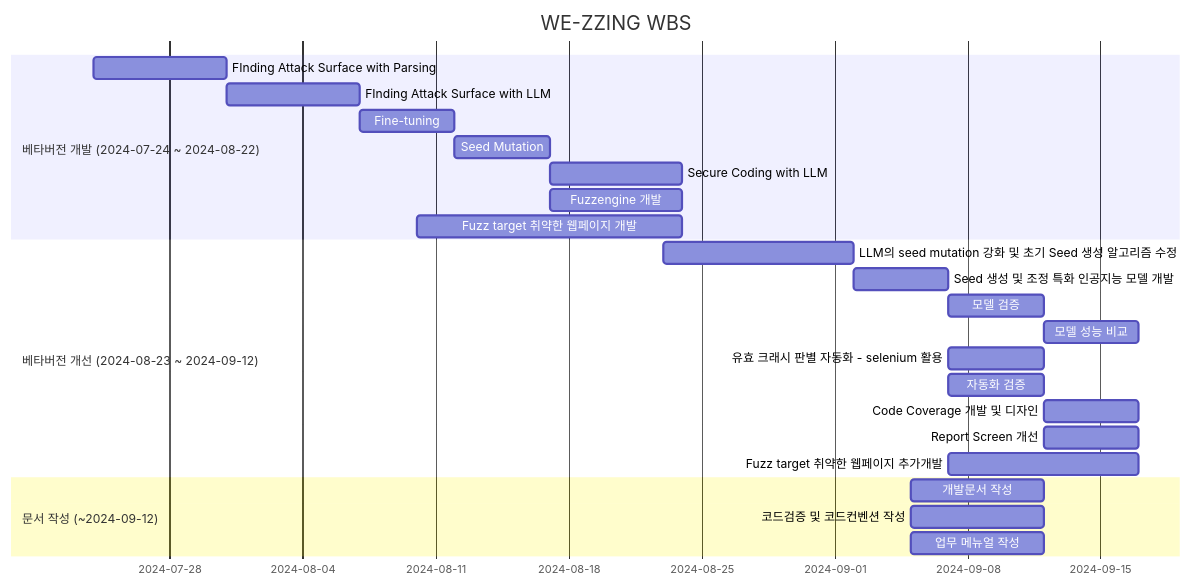
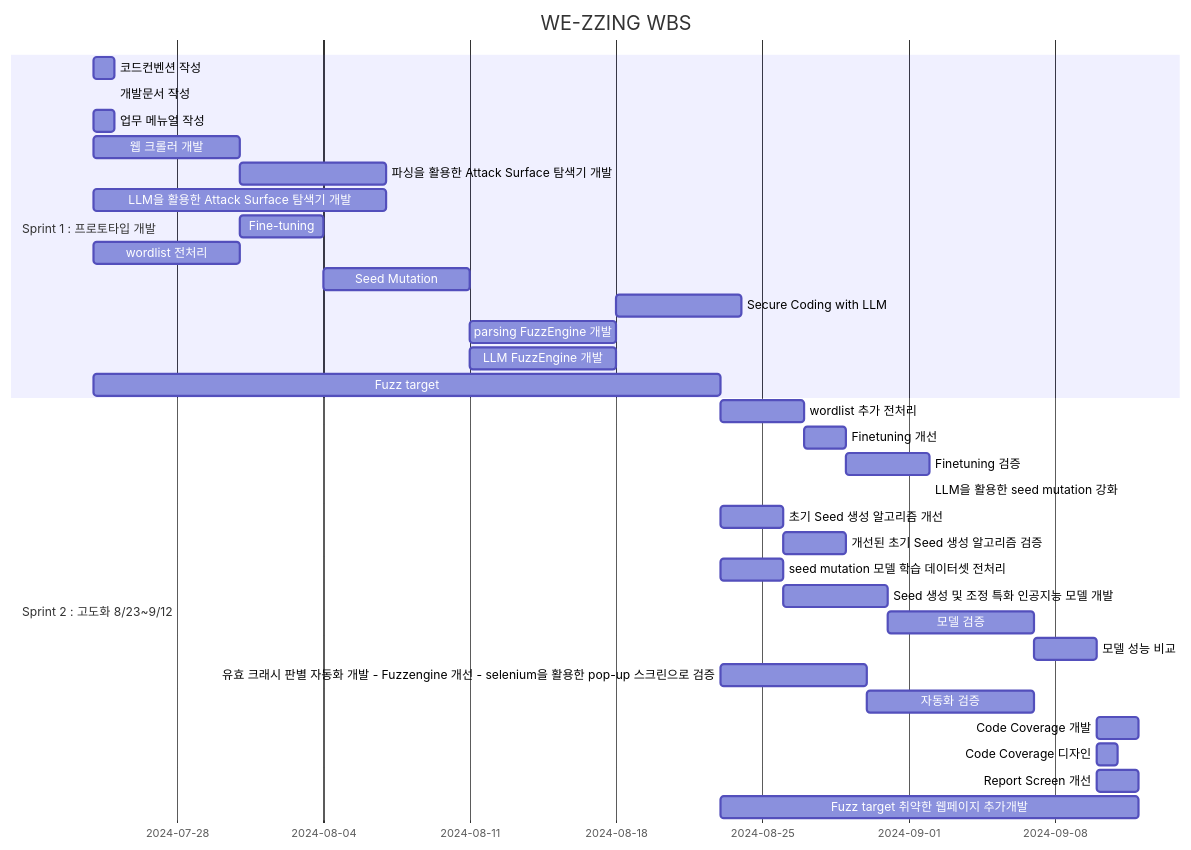
The diagram in README.md (www-spam/--), drawn with Mermaid before and after one commit.

````diff
--- a/README.md
+++ b/README.md
@@ -2,29 +2,40 @@
 ```mermaid
 gantt
     title WE-ZZING WBS
     dateFormat  YY-MM-DD
-    section 베타버전 개발 (2024-07-24 ~ 2024-08-22)
-        FInding Attack Surface with Parsing         :2024-07-24, 7d
-        FInding Attack Surface with LLM             :2024-07-31, 7d
-        Fine-tuning                                 :2024-08-07, 5d
-        Seed Mutation                               :2024-08-12, 5d
-        Secure Coding with LLM                      :2024-08-17, 7d
-        Fuzzengine 개발                             :2024-08-17, 7d
-        Fuzz target 취약한 웹페이지 개발            :2024-08-10, 14d
+    section Sprint 1 : 프로토타입 개발
 
-    section 베타버전 개선 (2024-08-23 ~ 2024-09-12)
-        LLM의 seed mutation 강화 및 초기 Seed 생성 알고리즘 수정 :2024-08-23, 10d
-        Seed 생성 및 조정 특화 인공지능 모델 개발           :2024-09-02, 5d
-        모델 검증                                    :2024-09-07, 5d
-        모델 성능 비교                                :2024-09-12, 5d
-        유효 크래시 판별 자동화 - selenium 활용        :2024-09-07, 5d
-        자동화 검증                                  :2024-09-07, 5d
-        Code Coverage 개발 및 디자인                  :2024-09-12, 5d
-        Report Screen 개선                           :2024-09-12, 5d
-        Fuzz target 취약한 웹페이지 추가개발           :2024-09-07, 10d
+	코드컨벤션 작성                   : 2024-07-24, 1d
+        개발문서 작성                               :2024-07-24
+        업무 메뉴얼 작성                             :2024-07-24, 1d
+        웹 크롤러 개발         :2024-07-24, 7d
+	파싱을 활용한 Attack Surface 탐색기 개발 : 2024-07-31, 7d
+        LLM을 활용한 Attack Surface 탐색기 개발      :2024-07-24, 14d
+        Fine-tuning                                 :2024-07-31, 4d
+	wordlist 전처리                                :2024-07-24, 7d
+        Seed Mutation                               :2024-08-04, 7d
+        Secure Coding with LLM                      :2024-08-18, 6d
+        parsing FuzzEngine 개발                             :2024-08-11, 7d
+	LLM FuzzEngine 개발                          :2024-08-11, 7d
+        Fuzz target : 취약한 웹페이지 개발            :2024-07-24, 30d
 
-    section 문서 작성 (~2024-09-12)
-        개발문서 작성                               :2024-09-05, 7d
-        코드검증 및 코드컨벤션 작성                   :2024-09-05, 7d
-        업무 메뉴얼 작성                             :2024-09-05, 7d
+	
+    section Sprint 2 : 고도화 8/23~9/12
+       	wordlist 추가 전처리 : 2024-08-23, 4d
+	Finetuning 개선	             :2024-08-27, 2d
+	Finetuning 검증             :2024-08-29, 4d
+ 	LLM을 활용한 seed mutation 강화 : 프롬프트 튜닝&엔지니어링          :2024-09-02,
+	초기 Seed 생성 알고리즘 개선 :2024-08-23, 3d
+	개선된 초기 Seed 생성 알고리즘 검증 :2024-08-26, 3d
+	seed mutation 모델 학습 데이터셋 전처리 : 2024-08-23, 3d
+        Seed 생성 및 조정 특화 인공지능 모델 개발           :2024-08-26, 5d
+        모델 검증                                    :2024-08-31, 7d
+        모델 성능 비교                                :2024-09-07, 3d
+        유효 크래시 판별 자동화 개발 - Fuzzengine 개선 - selenium을 활용한 pop-up 스크린으로 검증        :2024-08-23, 7d
+        자동화 검증                                  :2024-08-30, 8d
+        Code Coverage 개발                                 :2024-09-10, 2d
+	Code Coverage 디자인                  :2024-09-10, 1d
+        Report Screen 개선                           :2024-09-10, 2d
+        Fuzz target 취약한 웹페이지 추가개발          : 2024-08-23, 20d
+
 ```
````
